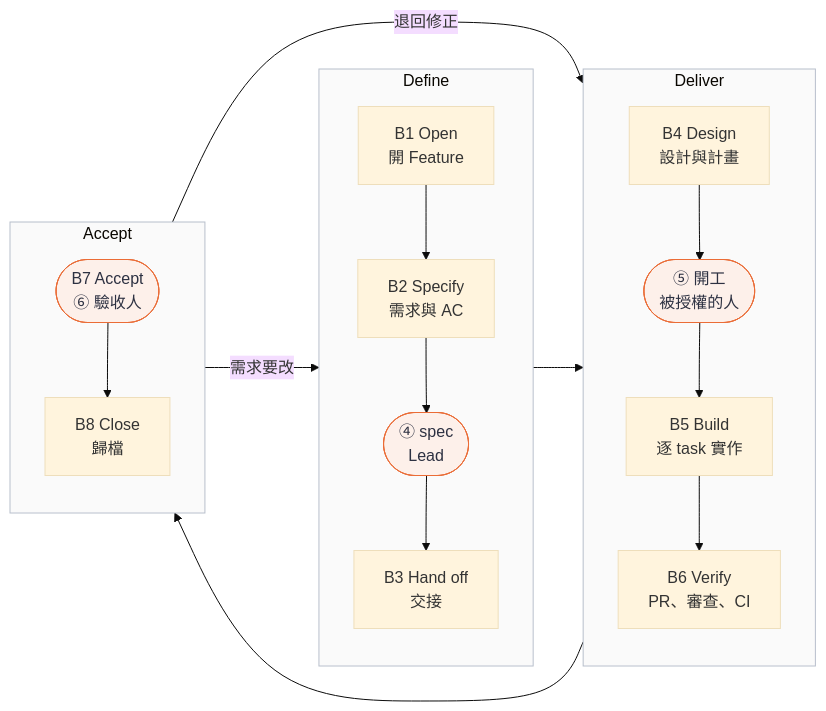
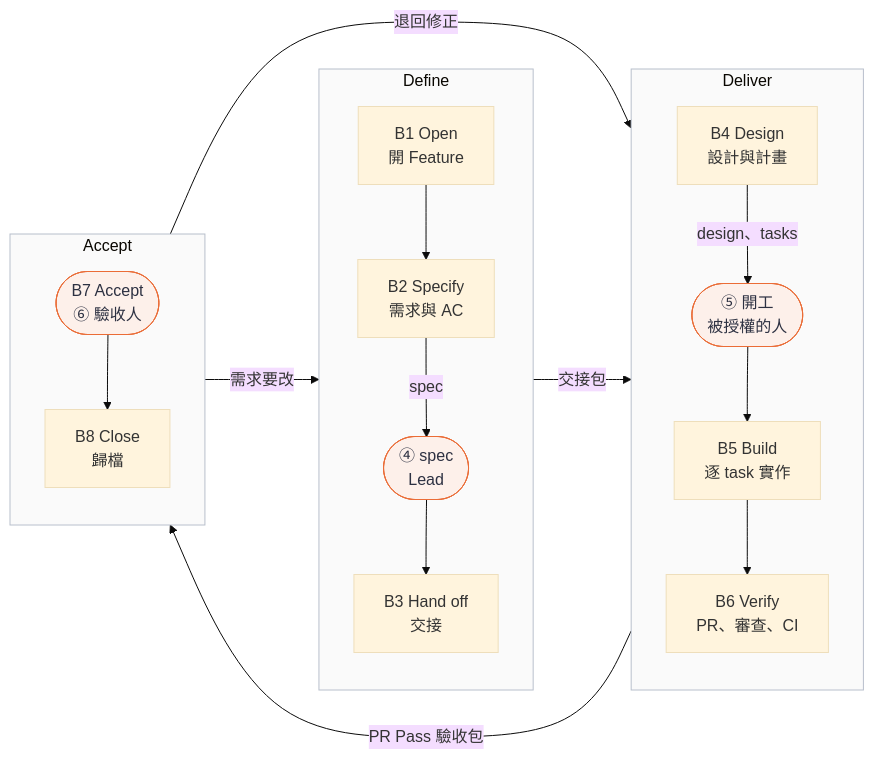
One commit to ellis429/loop-engineering changed the third of 3 diagrams in docs/guide/user-guide.md. Above: the diagram before and after it, drawn with Mermaid (base theme). The commit also changed other lines of this file, not shown here.

````diff
--- a/docs/guide/user-guide.md
+++ b/docs/guide/user-guide.md
@@ -178,24 +185,24 @@
 ```mermaid
 flowchart LR
   subgraph SDEF["Define"]
     direction TB
-    B1["B1 Open<br/>開 Feature"] --> B2["B2 Specify<br/>需求與 AC"] --> G4(["④ spec<br/>Lead"]) --> B3["B3 Hand off<br/>交接"]
+    B1["B1 Open<br/>開 Feature"] --> B2["B2 Specify<br/>需求與 AC"] -->|spec| G4(["④ spec<br/>Lead"]) --> B3["B3 Hand off<br/>交接"]
   end
   subgraph SDEL["Deliver"]
     direction TB
-    B4["B4 Design<br/>設計與計畫"] --> G5(["⑤ 開工<br/>被授權的人"]) --> B5["B5 Build<br/>逐 task 實作"] --> B6["B6 Verify<br/>PR、審查、CI"]
+    B4["B4 Design<br/>設計與計畫"] -->|design、tasks| G5(["⑤ 開工<br/>被授權的人"]) --> B5["B5 Build<br/>逐 task 實作"] --> B6["B6 Verify<br/>PR、審查、CI"]
   end
   subgraph SACC["Accept"]
     direction TB
     G6(["B7 Accept<br/>⑥ 驗收人"]) --> B8["B8 Close<br/>歸檔"]
   end
-  B3 --> B4
-  B6 --> G6
+  B3 -->|交接包| B4
+  B6 -->|PR Pass 驗收包| G6
   G6 -->|退回修正| B5
   G6 -->|需求要改| B2
   classDef gate fill:#fdf0ea,stroke:#eb6c36,color:#2d3142
   class G4,G5,G6 gate
   style SDEF fill:#fafafa,stroke:#b8bfcc
   style SDEL fill:#fafafa,stroke:#b8bfcc
   style SACC fill:#fafafa,stroke:#b8bfcc
 ```
````
